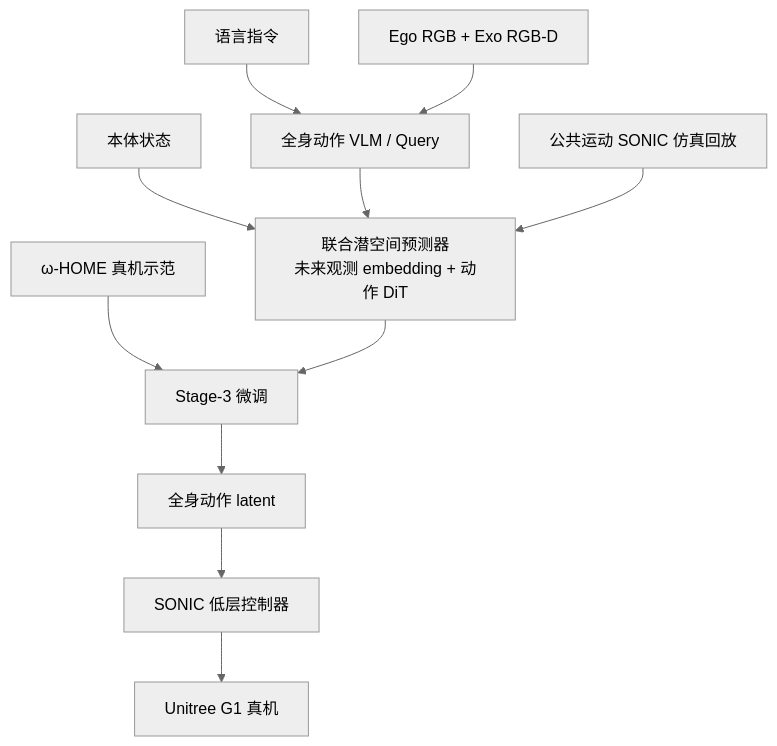
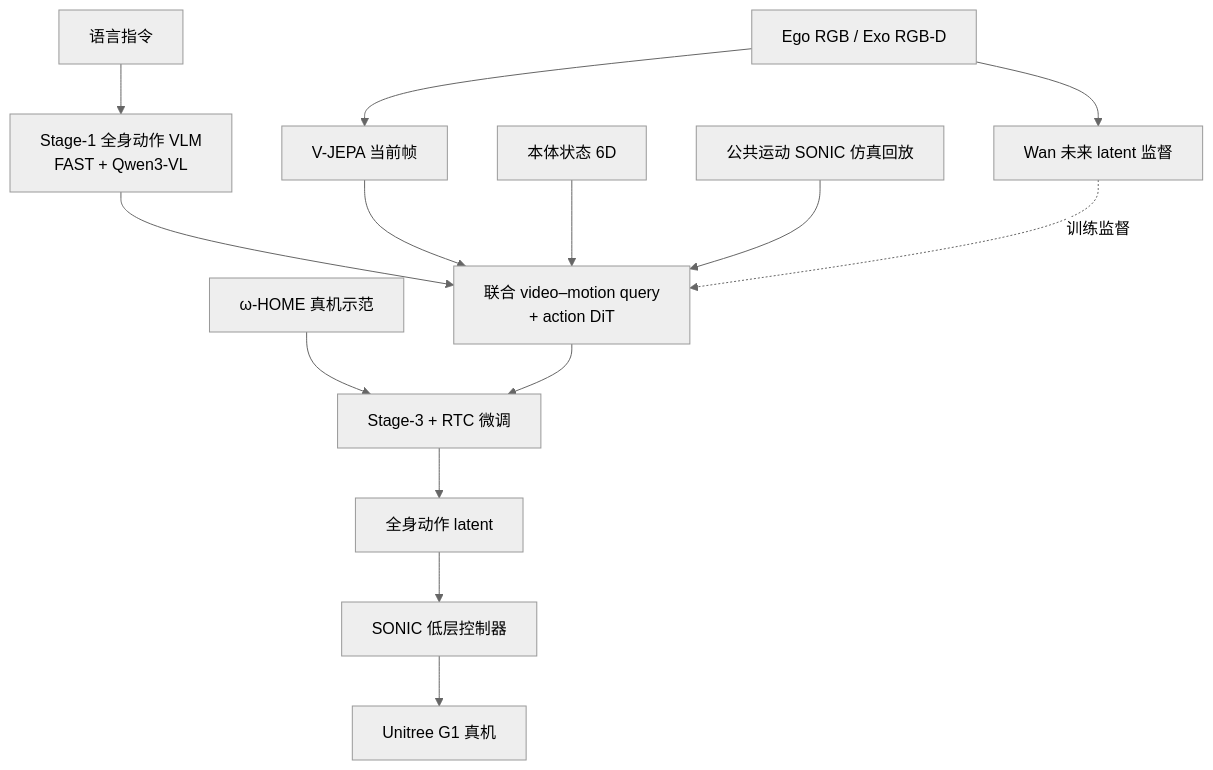
The diagram in wiki/entities/paper-omega-0.md (ImChong/Robotics_Notebooks), drawn with Mermaid (neutral theme) before and after one commit. The commit also changed other lines of this file and 15 other files, not shown here.

````diff
--- a/wiki/entities/paper-omega-0.md
+++ b/wiki/entities/paper-omega-0.md
@@ -83,13 +93,16 @@
 ```mermaid
 flowchart TB
-  lang["语言指令"] --> vlm["全身动作 VLM / Query"]
-  views["Ego RGB + Exo RGB-D"] --> vlm
-  prop["本体状态"] --> dit["联合潜空间预测器\n未来观测 embedding + 动作 DiT"]
-  vlm --> dit
-  replay["公共运动 SONIC 仿真回放"] --> dit
-  home["ω-HOME 真机示范"] --> ft["Stage-3 微调"]
-  dit --> ft
+  lang["语言指令"] --> vlm["Stage-1 全身动作 VLM\nFAST + Qwen3-VL"]
+  views["Ego RGB / Exo RGB-D"] --> vjepa["V-JEPA 当前帧"]
+  views --> wan["Wan 未来 latent 监督"]
+  vlm --> joint["联合 video–motion query\n+ action DiT"]
+  vjepa --> joint
+  prop["本体状态 6D"] --> joint
+  replay["公共运动 SONIC 仿真回放"] --> joint
+  wan -.->|训练监督| joint
+  home["ω-HOME 真机示范"] --> ft["Stage-3 + RTC 微调"]
+  joint --> ft
   ft --> latent["全身动作 latent"]
   latent --> sonic["SONIC 低层控制器"]
   sonic --> g1["Unitree G1 真机"]
 ```
````
